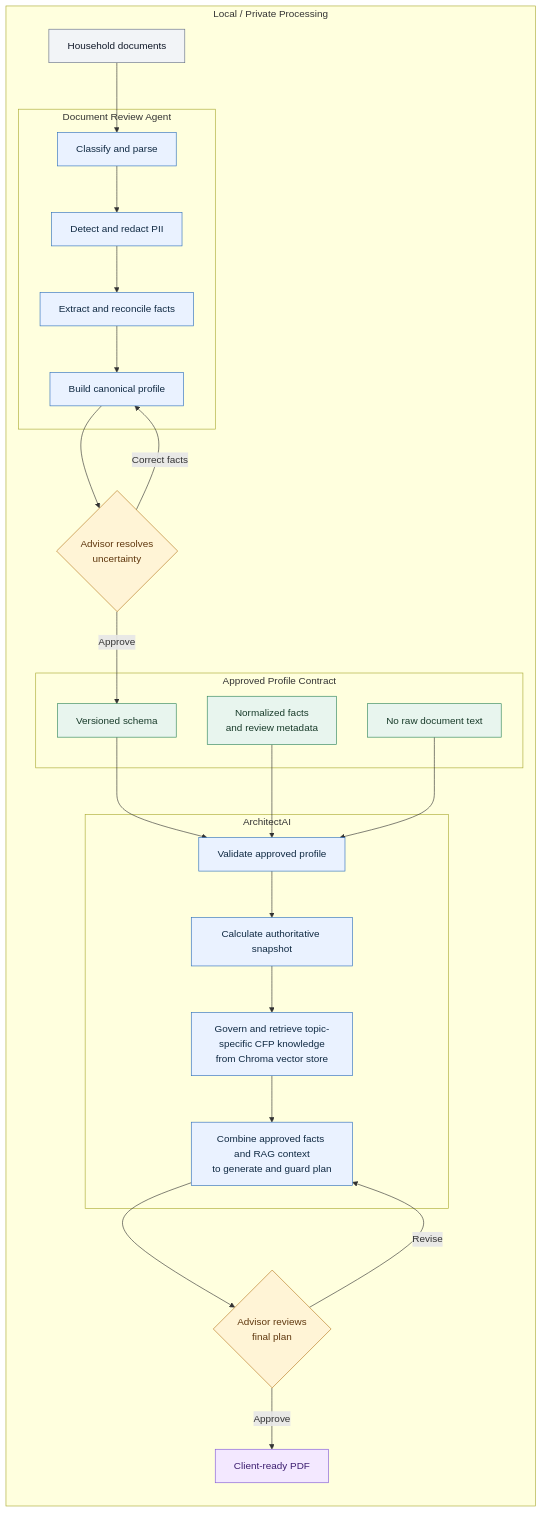
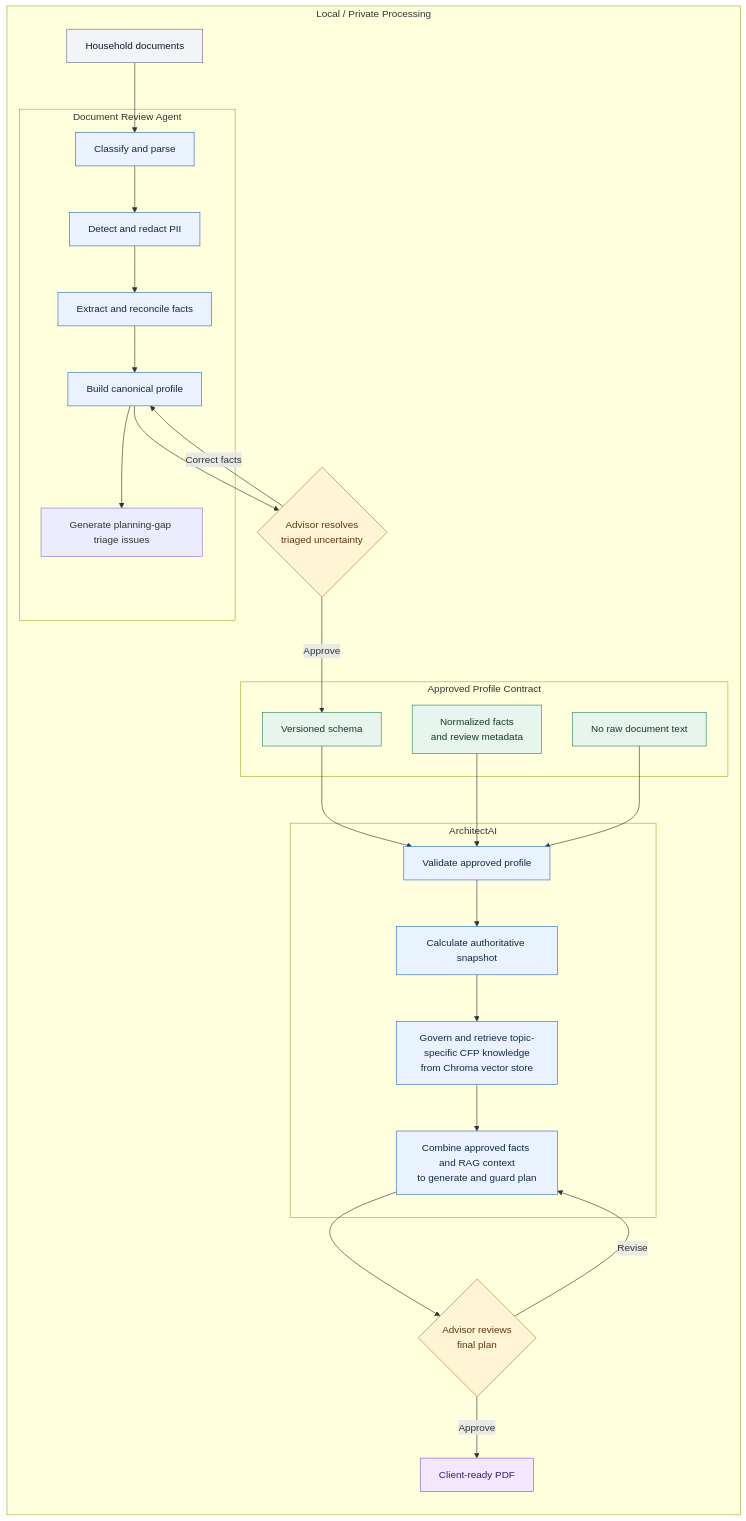
One commit to ygyzys83/Advisor_Intelligence_Workflow changed the second of 3 diagrams in architecture/SYSTEM_ARCHITECTURE.md. Above: the diagram before and after it, drawn with Mermaid. The commit also changed other lines of this file and 8 other files, not shown here.

First line of the commit message:
Update portfolio docs for planning-gap triage workflow

````diff
--- a/architecture/SYSTEM_ARCHITECTURE.md
+++ b/architecture/SYSTEM_ARCHITECTURE.md
@@ -36,56 +37,57 @@
 ```mermaid
 flowchart LR
     subgraph LOCAL["Local / Private Processing"]
         A["Household documents"]
 
         subgraph DRA["Document Review Agent"]
             B["Classify and parse"]
             C["Detect and redact PII"]
             D["Extract and reconcile facts"]
             E["Build canonical profile"]
-            B --> C --> D --> E
+            P["Generate planning-gap triage issues"]
+            B --> C --> D --> E --> P
         end
 
-        F{"Advisor resolves<br/>uncertainty"}
+        F{"Advisor resolves<br/>triaged uncertainty"}
 
         subgraph CONTRACT["Approved Profile Contract"]
             G["Versioned schema"]
             H["Normalized facts<br/>and review metadata"]
             I["No raw document text"]
         end
 
         subgraph AAI["ArchitectAI"]
             J["Validate approved profile"]
             K["Calculate authoritative snapshot"]
             L["Govern and retrieve topic-specific CFP knowledge<br/>from Chroma vector store"]
             M["Combine approved facts and RAG context<br/>to generate and guard plan"]
             J --> K --> L --> M
         end
 
         N{"Advisor reviews<br/>final plan"}
         O["Client-ready PDF"]
     end
 
     A --> B
     E --> F
     F -->|Correct facts| E
     F -->|Approve| G
     G --> J
     H --> J
     I --> J
     M --> N
     N -->|Revise| M
     N -->|Approve| O
 
     classDef source fill:#F2F4F7,stroke:#667085,color:#101828;
     classDef system fill:#EAF2FF,stroke:#2E6FBB,color:#102A43;
     classDef human fill:#FFF4D6,stroke:#B7791F,color:#5F370E;
     classDef contract fill:#E8F5EE,stroke:#2F855A,color:#183B2A;
     classDef output fill:#F3E8FF,stroke:#805AD5,color:#3C1E70;
 
     class A source;
     class B,C,D,E,J,K,L,M system;
     class F,N human;
     class G,H,I contract;
     class O output;
 ```
````
